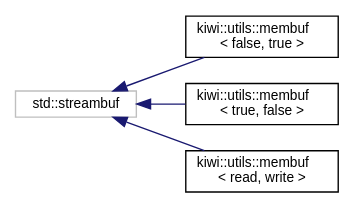
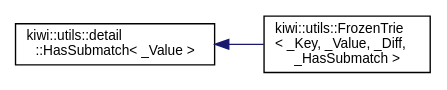
Before and after one commit to bab2min/Kiwi: the diagram in inherit_graph_85.dot, drawn with Graphviz. The commit also changed 233 other files, not shown here.

```diff
--- a/inherit_graph_85.dot
+++ b/inherit_graph_85.dot
@@ -1,14 +1,10 @@
 digraph "Graphical Class Hierarchy"
 {
  // LATEX_PDF_SIZE
   edge [fontname="Helvetica",fontsize="10",labelfontname="Helvetica",labelfontsize="10"];
   node [fontname="Helvetica",fontsize="10",shape=record];
   rankdir="LR";
-  Node104 [label="std::streambuf",height=0.2,width=0.4,color="grey75", fillcolor="white", style="filled",tooltip=" "];
-  Node104 -> Node0 [dir="back",color="midnightblue",fontsize="10",style="solid",fontname="Helvetica"];
-  Node0 [label="kiwi::utils::membuf\l\< false, true \>",height=0.2,width=0.4,color="black", fillcolor="white", style="filled",URL="$structkiwi_1_1utils_1_1membuf.html",tooltip=" "];
-  Node104 -> Node106 [dir="back",color="midnightblue",fontsize="10",style="solid",fontname="Helvetica"];
-  Node106 [label="kiwi::utils::membuf\l\< true, false \>",height=0.2,width=0.4,color="black", fillcolor="white", style="filled",URL="$structkiwi_1_1utils_1_1membuf.html",tooltip=" "];
-  Node104 -> Node107 [dir="back",color="midnightblue",fontsize="10",style="solid",fontname="Helvetica"];
-  Node107 [label="kiwi::utils::membuf\l\< read, write \>",height=0.2,width=0.4,color="black", fillcolor="white", style="filled",URL="$structkiwi_1_1utils_1_1membuf.html",tooltip=" "];
+  Node0 [label="kiwi::utils::detail\l::HasSubmatch\< _Value \>",height=0.2,width=0.4,color="black", fillcolor="white", style="filled",URL="$structkiwi_1_1utils_1_1detail_1_1HasSubmatch.html",tooltip=" "];
+  Node0 -> Node1 [dir="back",color="midnightblue",fontsize="10",style="solid",fontname="Helvetica"];
+  Node1 [label="kiwi::utils::FrozenTrie\l\< _Key, _Value, _Diff,\l _HasSubmatch \>",height=0.2,width=0.4,color="black", fillcolor="white", style="filled",URL="$classkiwi_1_1utils_1_1FrozenTrie.html",tooltip=" "];
 }
```
